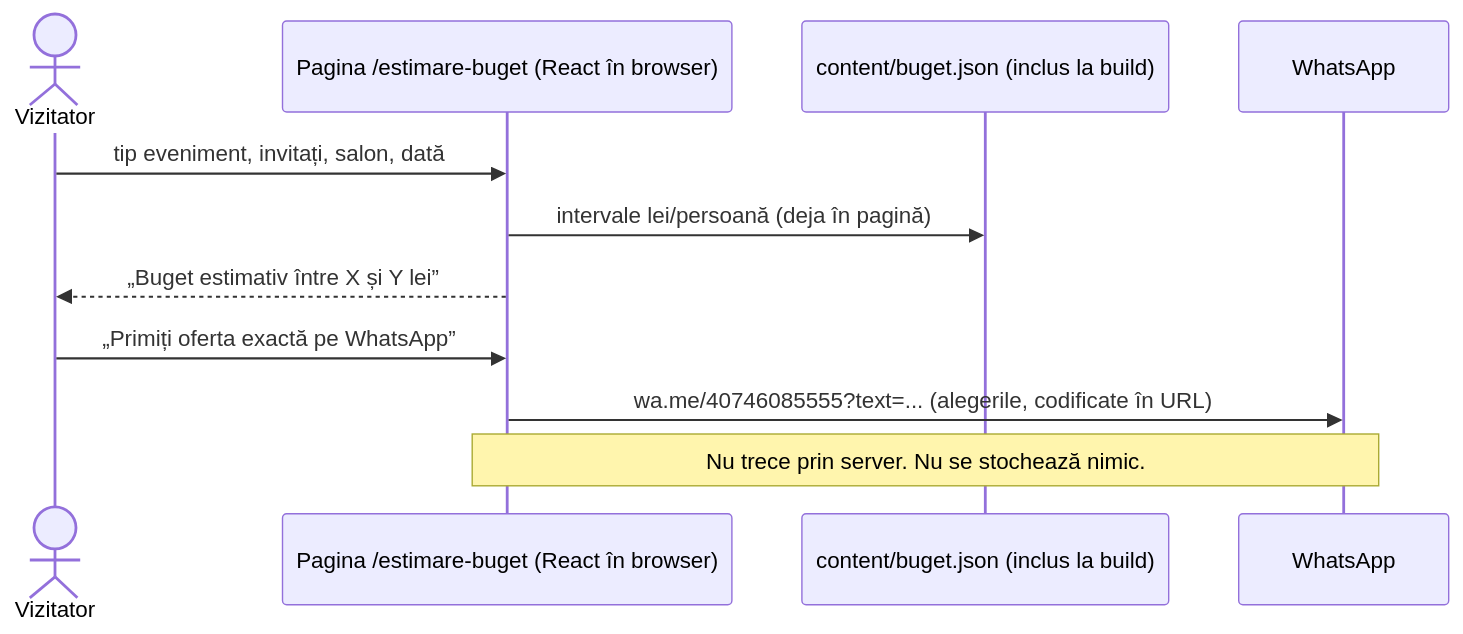
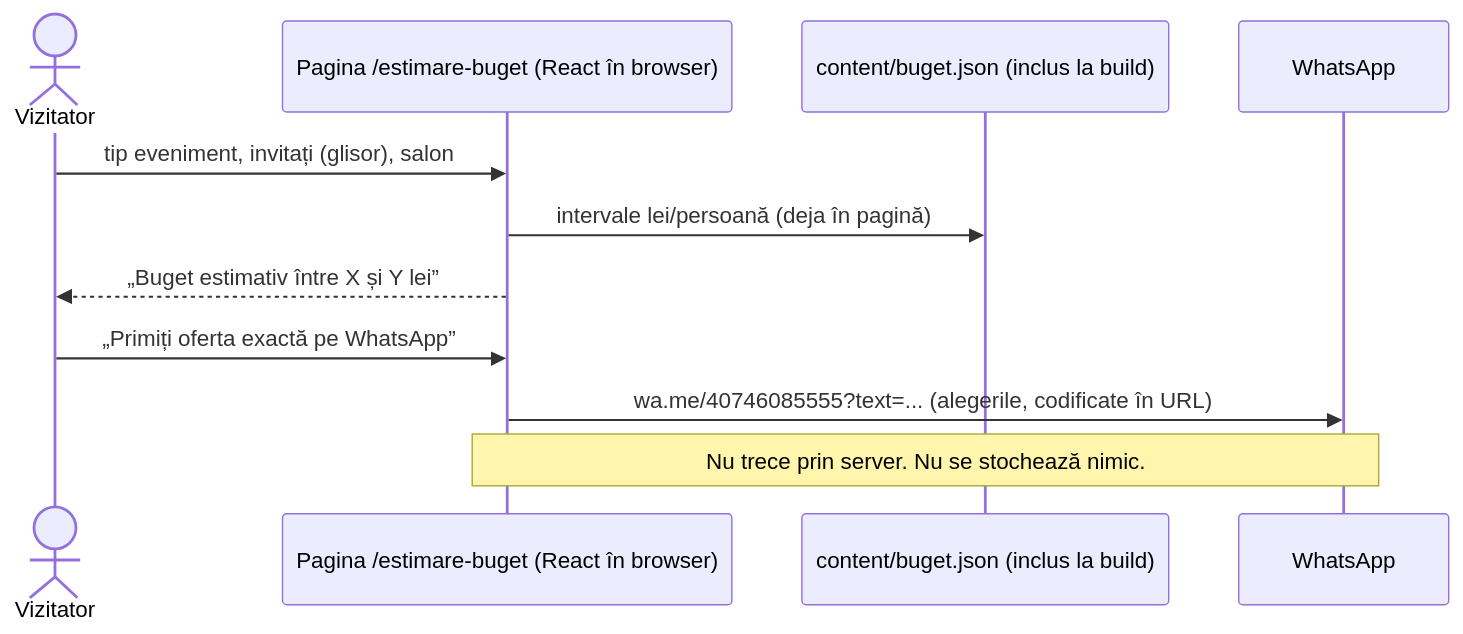
Before and after one commit to challymcchallenge/rivieraevents: the third of 3 diagrams in docs/architecture/architecture.md, drawn with Mermaid. The commit also changed other lines of this file and 28 other files, not shown here.

````diff
--- a/docs/architecture/architecture.md
+++ b/docs/architecture/architecture.md
@@ -198,13 +202,13 @@
 ```mermaid
 sequenceDiagram
   actor U as Vizitator
   participant P as Pagina /estimare-buget (React în browser)
   participant D as content/buget.json (inclus la build)
   participant W as WhatsApp
-  U->>P: tip eveniment, invitați, salon, dată
+  U->>P: tip eveniment, invitați (glisor), salon
   P->>D: intervale lei/persoană (deja în pagină)
   P-->>U: „Buget estimativ între X și Y lei”
   U->>P: „Primiți oferta exactă pe WhatsApp”
   P->>W: wa.me/40746085555?text=... (alegerile, codificate în URL)
   Note over P,W: Nu trece prin server. Nu se stochează nimic.
 ```
````
